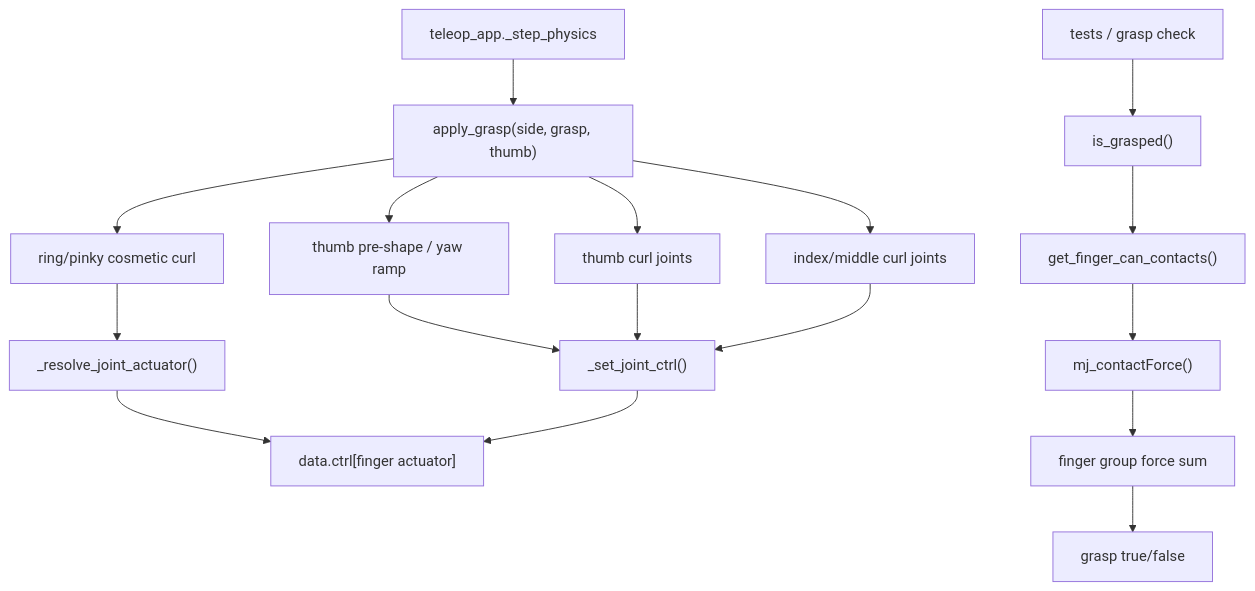
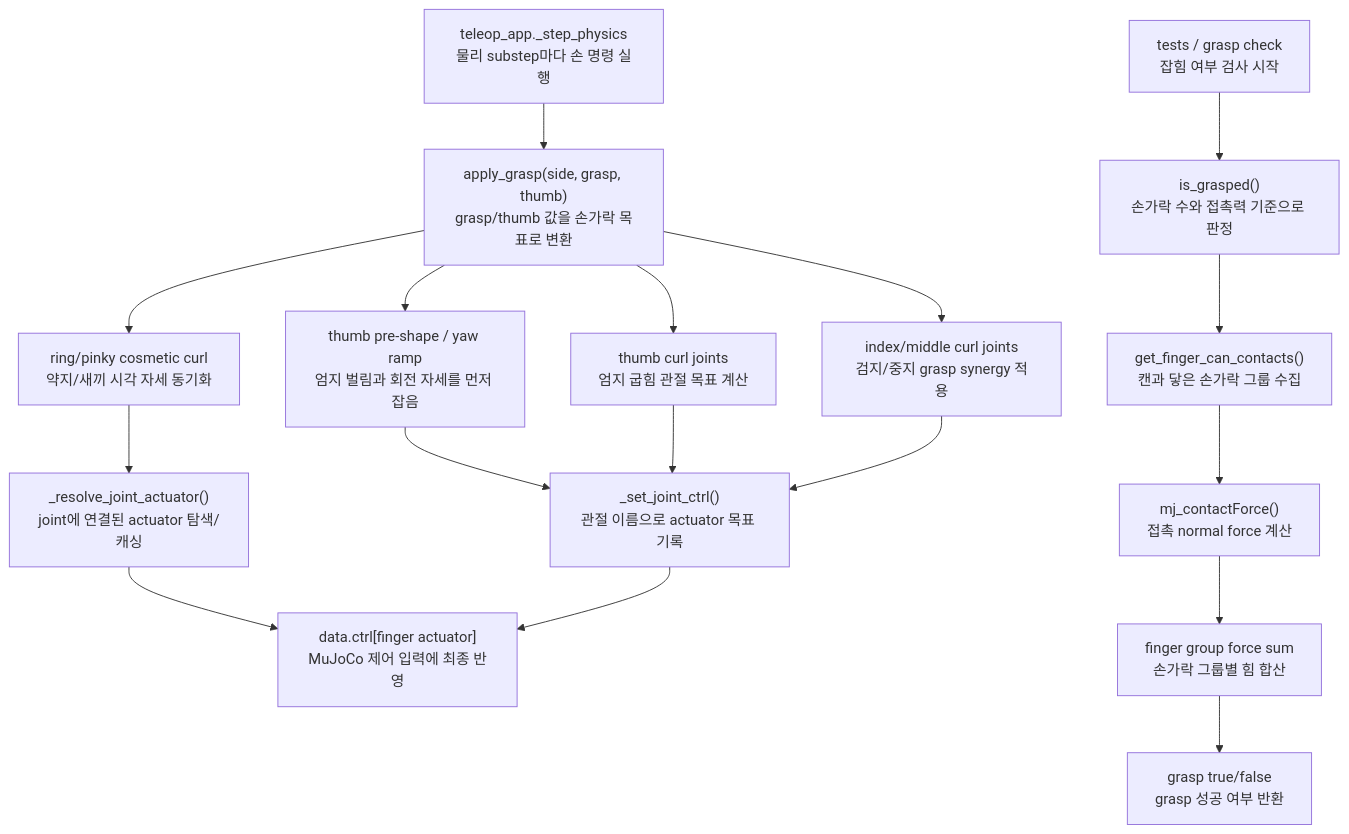
Before and after one commit to ggh-png/ffw-sh5-grasp: the diagram in docs/guide/grasp.md, drawn with Mermaid. The commit also changed 9 other files, not shown here.

Commit message:
Improve docs diagrams and add project link

````diff
--- a/docs/guide/grasp.md
+++ b/docs/guide/grasp.md
@@ -38,20 +38,20 @@
 ```mermaid
 flowchart TD
-    A["teleop_app._step_physics"] --> B["apply_grasp(side, grasp, thumb)"]
-    B --> C["thumb pre-shape / yaw ramp"]
-    B --> D["thumb curl joints"]
-    B --> E["index/middle curl joints"]
-    B --> F["ring/pinky cosmetic curl"]
-    C --> G["_set_joint_ctrl()"]
+    A["teleop_app._step_physics<br>물리 substep마다 손 명령 실행"] --> B["apply_grasp(side, grasp, thumb)<br>grasp/thumb 값을 손가락 목표로 변환"]
+    B --> C["thumb pre-shape / yaw ramp<br>엄지 벌림과 회전 자세를 먼저 잡음"]
+    B --> D["thumb curl joints<br>엄지 굽힘 관절 목표 계산"]
+    B --> E["index/middle curl joints<br>검지/중지 grasp synergy 적용"]
+    B --> F["ring/pinky cosmetic curl<br>약지/새끼 시각 자세 동기화"]
+    C --> G["_set_joint_ctrl()<br>관절 이름으로 actuator 목표 기록"]
     D --> G
     E --> G
-    F --> H["_resolve_joint_actuator()"]
-    H --> I["data.ctrl[finger actuator]"]
+    F --> H["_resolve_joint_actuator()<br>joint에 연결된 actuator 탐색/캐싱"]
+    H --> I["data.ctrl[finger actuator]<br>MuJoCo 제어 입력에 최종 반영"]
     G --> I
 
-    J["tests / grasp check"] --> K["is_grasped()"]
-    K --> L["get_finger_can_contacts()"]
-    L --> M["mj_contactForce()"]
-    M --> N["finger group force sum"]
-    N --> O["grasp true/false"]
+    J["tests / grasp check<br>잡힘 여부 검사 시작"] --> K["is_grasped()<br>손가락 수와 접촉력 기준으로 판정"]
+    K --> L["get_finger_can_contacts()<br>캔과 닿은 손가락 그룹 수집"]
+    L --> M["mj_contactForce()<br>접촉 normal force 계산"]
+    M --> N["finger group force sum<br>손가락 그룹별 힘 합산"]
+    N --> O["grasp true/false<br>grasp 성공 여부 반환"]
 ```
````
